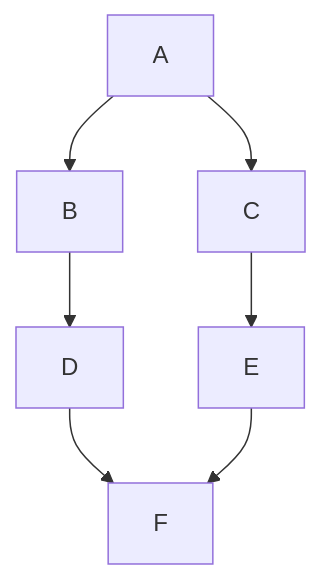
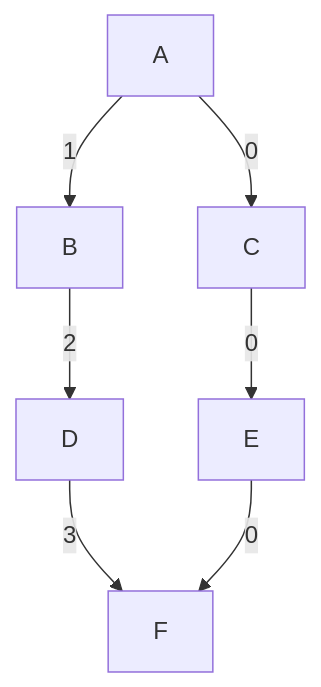
One commit to BasharAlwarad/Software_Engineering_course changed the second of 8 diagrams in graphs/graphs_traversal.md. Above: the diagram before and after it, drawn with Mermaid. The commit also changed other lines of this file and 2 other files, not shown here.

````diff
--- a/graphs/graphs_traversal.md
+++ b/graphs/graphs_traversal.md
@@ -116,9 +93,9 @@
 ```mermaid
 graph TD
-  A --> B
-  A --> C
-  B --> D
-  C --> E
-  D --> F
-  E --> F
+  A -->|1| B
+  A -->|0| C
+  B -->|2| D
+  C -->|0| E
+  D -->|3| F
+  E -->|0| F
 ```
````
